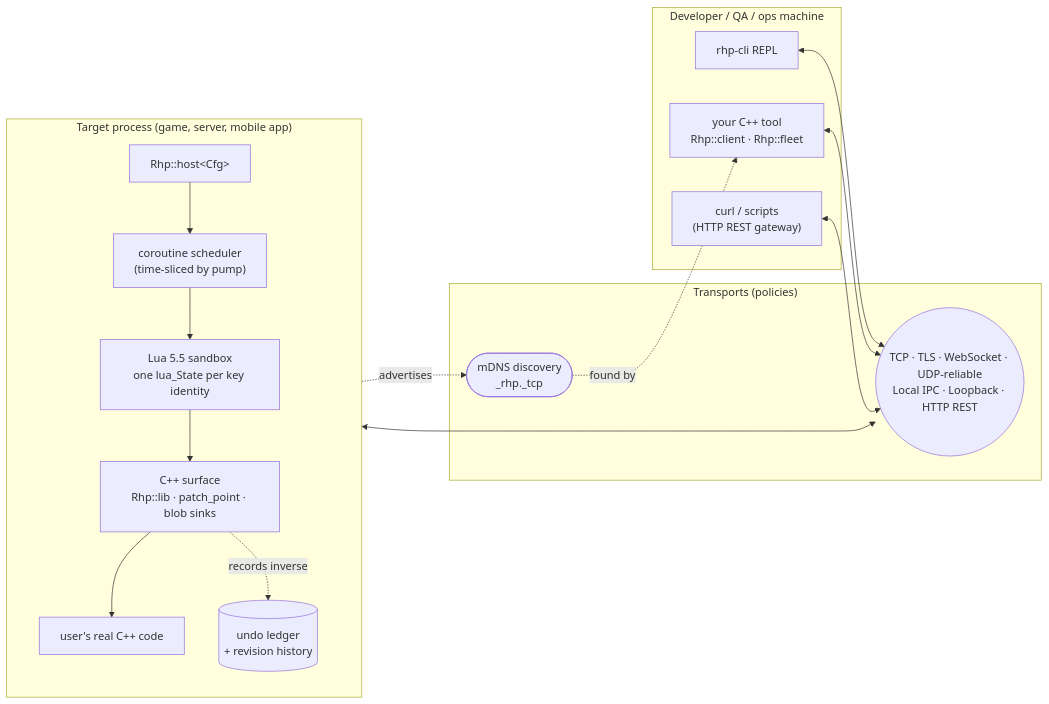
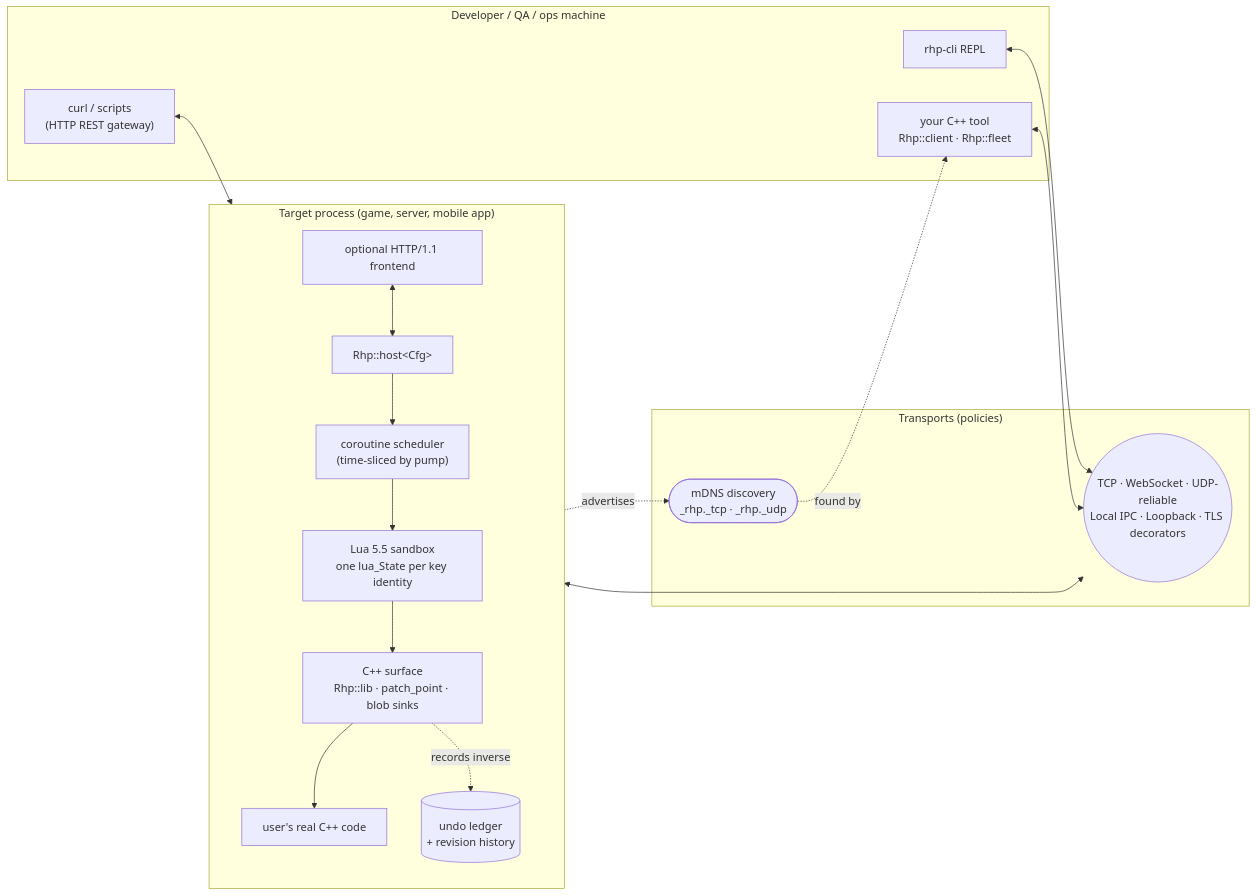
The first of 14 diagrams in Docs/ARCHITECTURE.md (tonytranrp/RHP), drawn with Mermaid before and after one commit. The commit also changed other lines of this file and 10 other files, not shown here.

````diff
--- a/Docs/ARCHITECTURE.md
+++ b/Docs/ARCHITECTURE.md
@@ -32,28 +32,30 @@
 ```mermaid
 flowchart LR
     subgraph DEV["Developer / QA / ops machine"]
         CLI["rhp-cli REPL"]
         TOOL["your C++ tool<br/>Rhp::client · Rhp::fleet"]
         CURL["curl / scripts<br/>(HTTP REST gateway)"]
     end
 
     subgraph NET["Transports (policies)"]
-        T(("TCP · TLS · WebSocket · UDP-reliable<br/>Local IPC · Loopback · HTTP REST"))
-        MD(["mDNS discovery<br/>_rhp._tcp"])
+        T(("TCP · WebSocket · UDP-reliable<br/>Local IPC · Loopback · TLS decorators"))
+        MD(["mDNS discovery<br/>_rhp._tcp · _rhp._udp"])
     end
 
     subgraph APP["Target process (game, server, mobile app)"]
         direction TB
         H["Rhp::host&lt;Cfg&gt;"]
+        HG["optional HTTP/1.1 frontend"]
         SCHED["coroutine scheduler<br/>(time-sliced by pump)"]
         SB["Lua 5.5 sandbox<br/>one lua_State per key identity"]
         API["C++ surface<br/>Rhp::lib · patch_point · blob sinks"]
         CODE["user's real C++ code"]
         LED[("undo ledger<br/>+ revision history")]
         H --> SCHED --> SB --> API --> CODE
         API -. records inverse .-> LED
     end
 
-    CLI & TOOL & CURL <--> T <--> H
+    CLI & TOOL <--> T <--> H
+    CURL <--> HG <--> H
     H -. advertises .-> MD -. found by .-> TOOL
 ```
````
